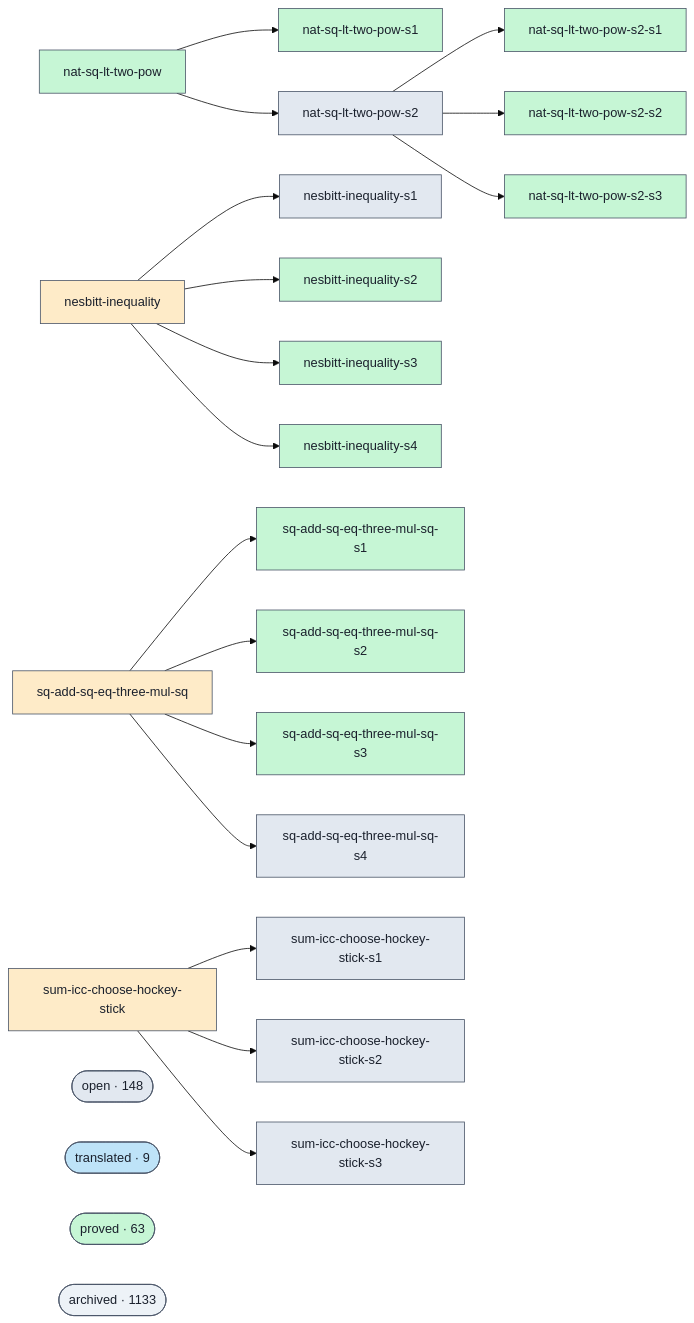
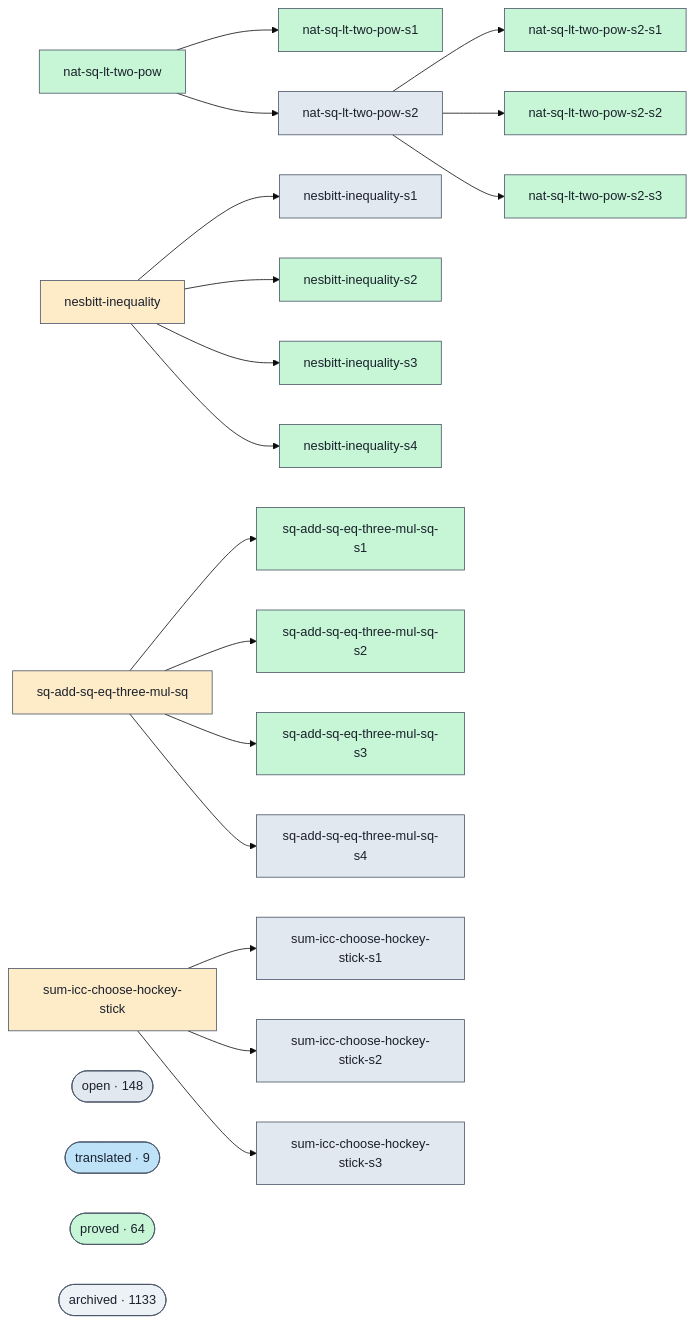
Before and after one commit to ohdearquant/unsorry: the diagram in docs/proofs-contributors-visualisation.md, drawn with Mermaid (base theme). The commit also changed other lines of this file and 2 other files, not shown here.

```diff
--- a/docs/proofs-contributors-visualisation.md
+++ b/docs/proofs-contributors-visualisation.md
@@ -102,7 +102,7 @@
   class cluster_open open;
   cluster_translated(["translated · 9"])
   class cluster_translated translated;
-  cluster_proved(["proved · 63"])
+  cluster_proved(["proved · 64"])
   class cluster_proved proved;
   cluster_archived(["archived · 1133"])
   class cluster_archived unknown;
```
